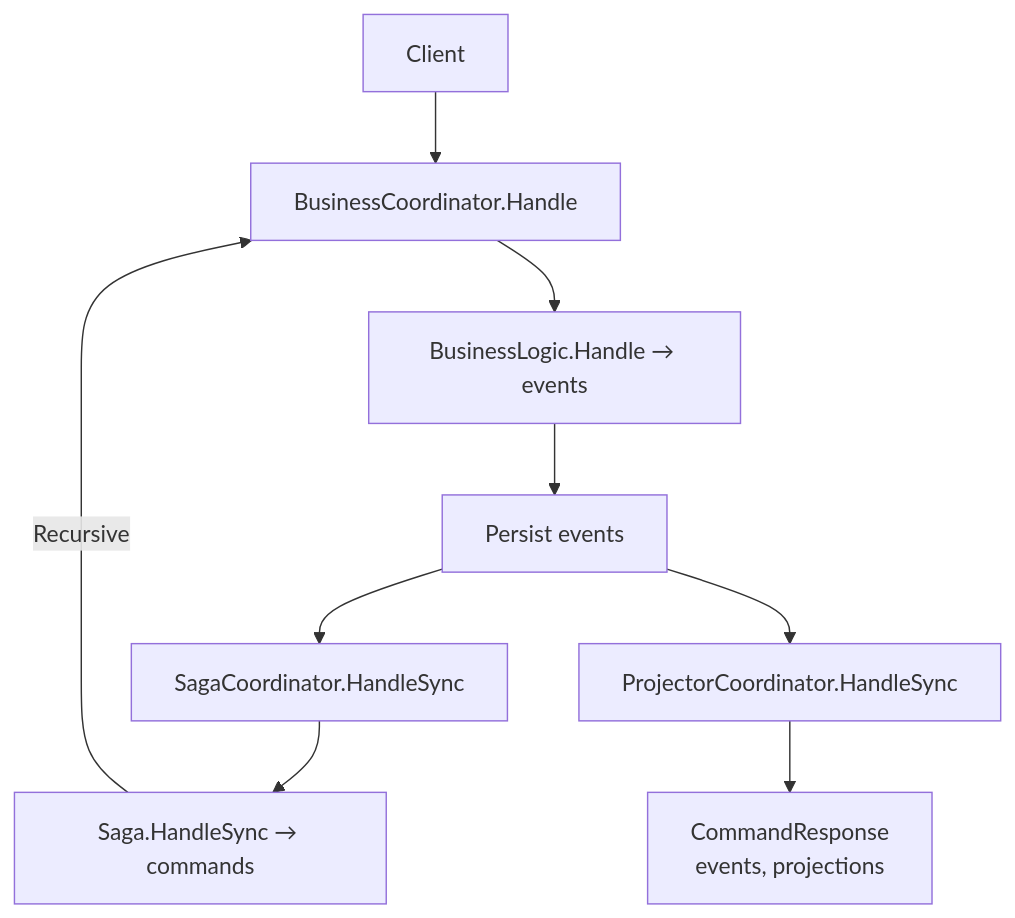
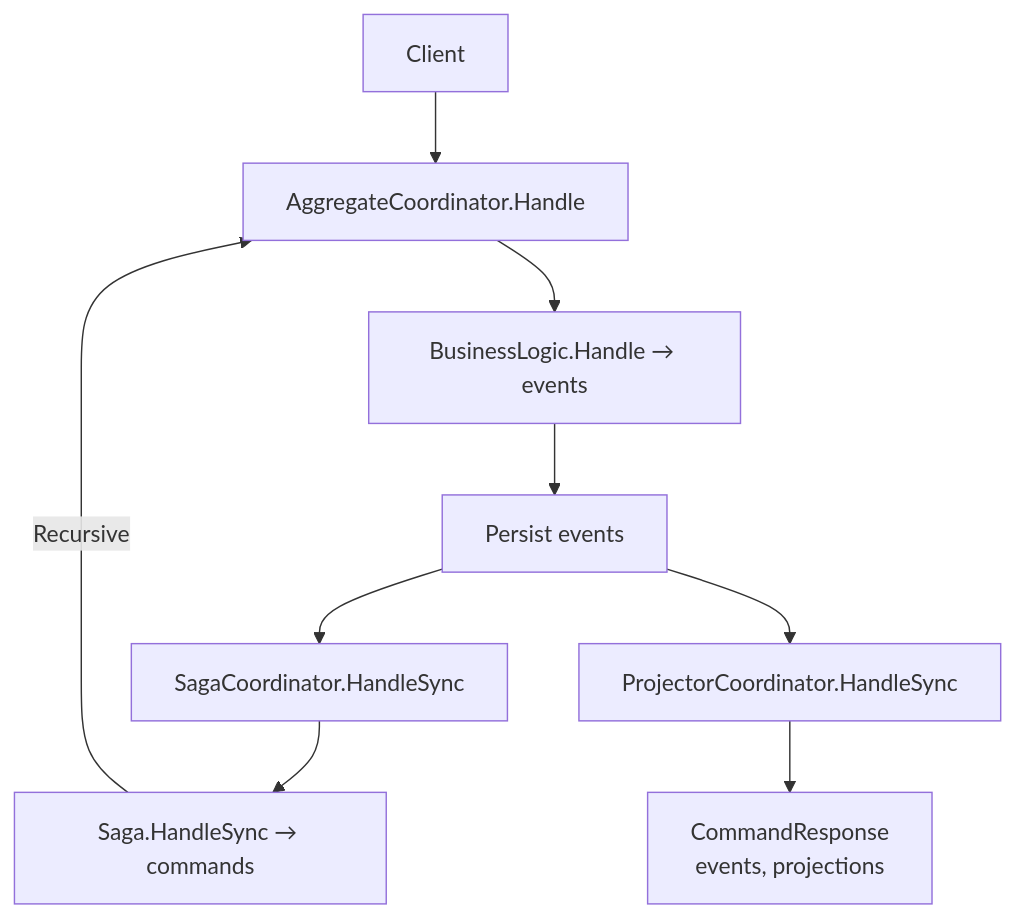
One commit to benjaminabbitt/angzarr changed the third of 3 diagrams in docs/docs/architecture.md. Above: the diagram before and after it, drawn with Mermaid. The commit also changed other lines of this file and 3 other files, not shown here.

````diff
--- a/docs/docs/architecture.md
+++ b/docs/docs/architecture.md
@@ -150,11 +150,11 @@
 ```mermaid
 flowchart TB
-    Client --> BC[BusinessCoordinator.Handle]
-    BC --> BL[BusinessLogic.Handle → events]
+    Client --> AC[AggregateCoordinator.Handle]
+    AC --> BL[BusinessLogic.Handle → events]
     BL --> Persist[Persist events]
     Persist --> SC[SagaCoordinator.HandleSync]
     SC --> Saga[Saga.HandleSync → commands]
-    Saga -->|Recursive| BC
+    Saga -->|Recursive| AC
     Persist --> PC[ProjectorCoordinator.HandleSync]
     PC --> Resp[CommandResponse<br/>events, projections]
 ```
````
